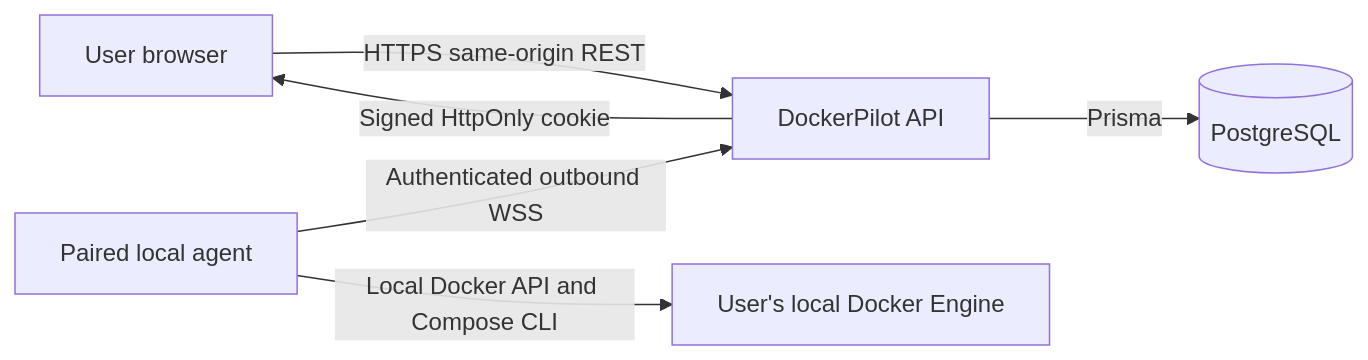
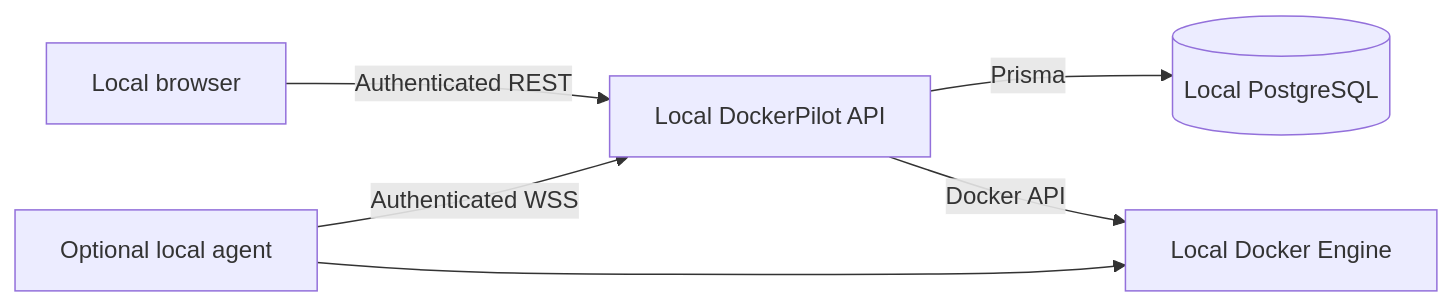
Before and after one commit to Harshil1307/DockerPilot: the diagram in docs/production-architecture.md, drawn with Mermaid. The commit also changed other lines of this file and 69 other files, not shown here.

Commit message:
feat: add Docker intelligence and improve compose workflows

````diff
--- a/docs/production-architecture.md
+++ b/docs/production-architecture.md
@@ -9,8 +5,8 @@
 ```mermaid
 flowchart LR
-  Browser[User browser] -->|HTTPS same-origin REST| API[DockerPilot API]
-  API -->|Prisma| DB[(PostgreSQL)]
-  Agent[Paired local agent] -->|Authenticated outbound WSS| API
-  Agent -->|Local Docker API and Compose CLI| Engine[User's local Docker Engine]
-  API -->|Signed HttpOnly cookie| Browser
+  Browser[Local browser] -->|Authenticated REST| API[Local DockerPilot API]
+  API -->|Prisma| DB[(Local PostgreSQL)]
+  API -->|Docker API| Engine[Local Docker Engine]
+  Agent[Optional local agent] -->|Authenticated WSS| API
+  Agent --> Engine
 ```
````
